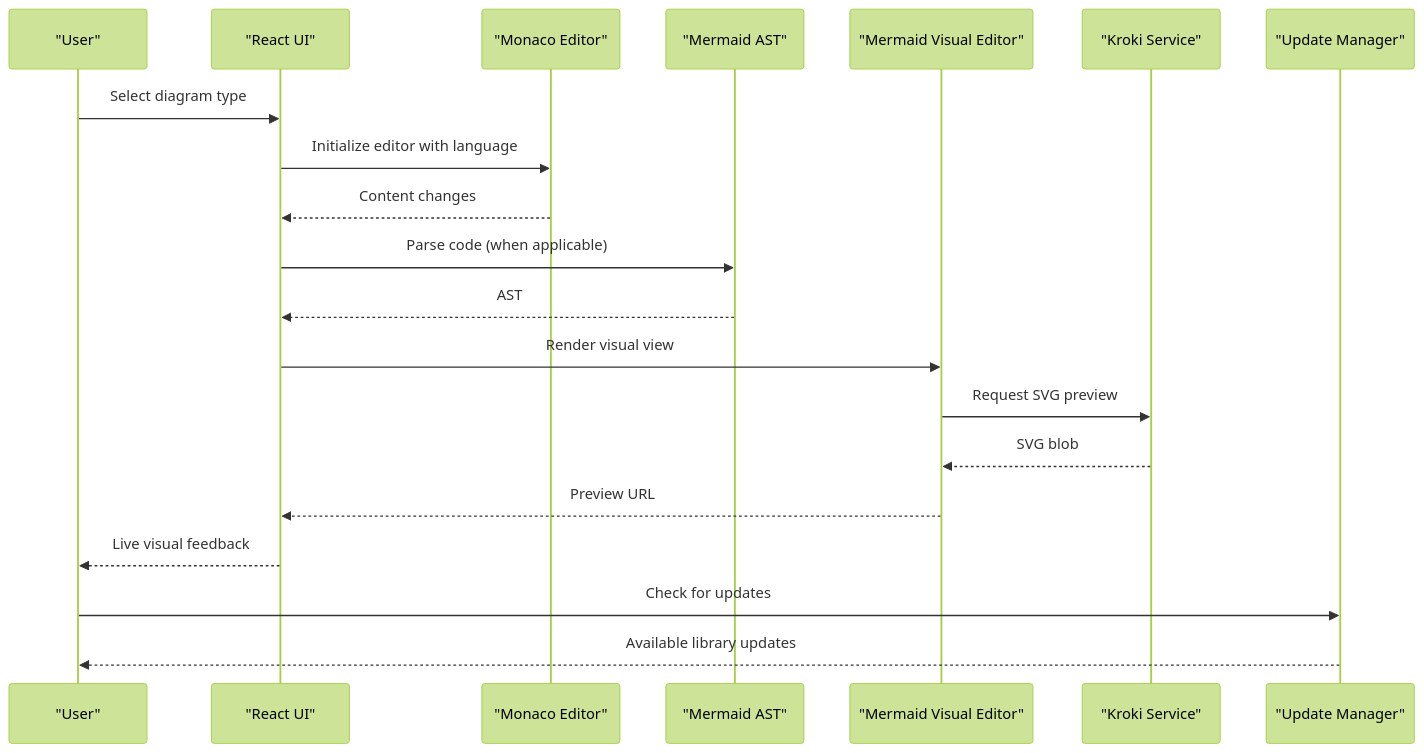
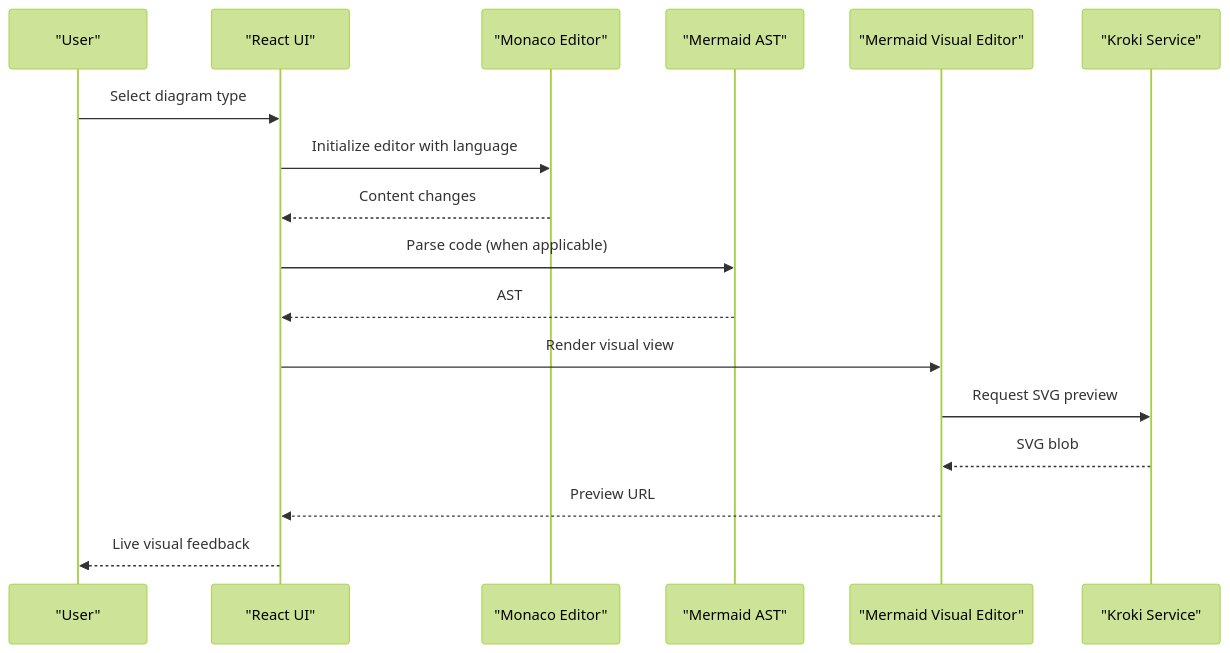
Before and after one commit to ongchonghian/universal-diagram-editor: the second of 9 diagrams in .qoder/repowiki/en/content/Project Overview.md, drawn with Mermaid (forest theme). The commit also changed other lines of this file and 66 other files, not shown here.

First line of the commit message:
refactor: modernize codebase with Vite build system and modular React architecture

````diff
--- a/.qoder/repowiki/en/content/Project Overview.md
+++ b/.qoder/repowiki/en/content/Project Overview.md
@@ -128,22 +127,19 @@
 ```mermaid
 sequenceDiagram
 participant User as "User"
 participant UI as "React UI"
 participant Monaco as "Monaco Editor"
 participant MermaidAST as "Mermaid AST"
 participant MermaidEditor as "Mermaid Visual Editor"
 participant Kroki as "Kroki Service"
-participant UpdateMgr as "Update Manager"
 User->>UI : Select diagram type
 UI->>Monaco : Initialize editor with language
 Monaco-->>UI : Content changes
 UI->>MermaidAST : Parse code (when applicable)
 MermaidAST-->>UI : AST
 UI->>MermaidEditor : Render visual view
 MermaidEditor->>Kroki : Request SVG preview
 Kroki-->>MermaidEditor : SVG blob
 MermaidEditor-->>UI : Preview URL
 UI-->>User : Live visual feedback
-User->>UpdateMgr : Check for updates
-UpdateMgr-->>User : Available library updates
 ```
````
